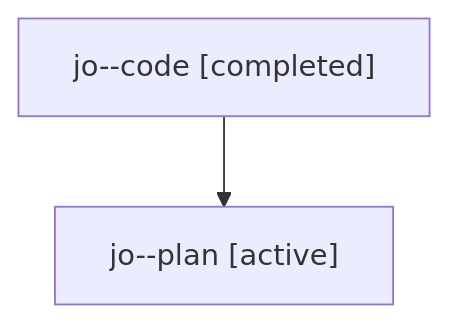
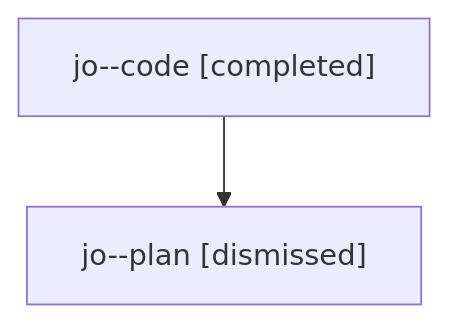
The diagram in sessions/bbugyi200.athena.jo.md (sase-org/sase--agents), drawn with Mermaid before and after one commit. The commit also changed other lines of this file and 50 other files, not shown here.

````diff
--- a/sessions/bbugyi200.athena.jo.md
+++ b/sessions/bbugyi200.athena.jo.md
@@ -9,6 +9,6 @@
 ```mermaid
 flowchart TD
   n0["jo--code [completed]"]
-  n1["jo--plan [active]"]
+  n1["jo--plan [dismissed]"]
   n0 --> n1
 ```
````
